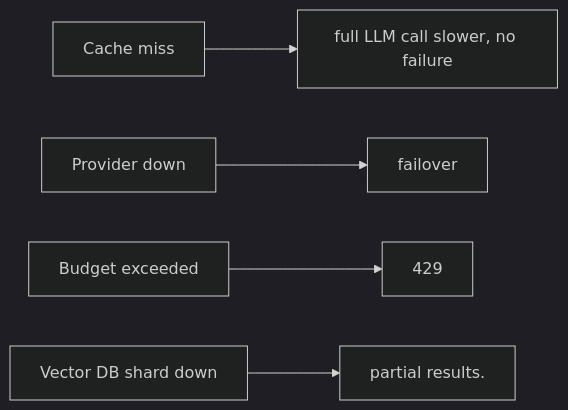
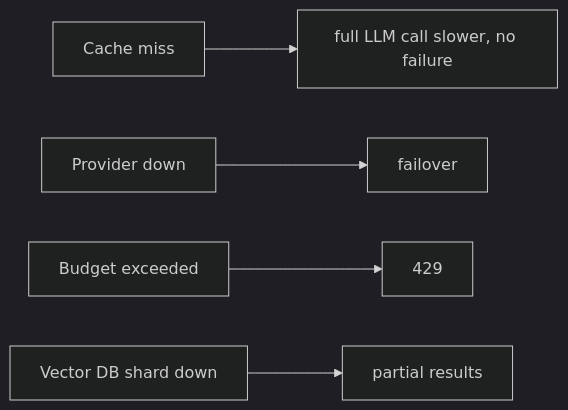
The third of 3 diagrams in case-studies/ai-systems/enterprise-rag-platform.md (RIT-MESH/system-design-mastery), drawn with Mermaid (dark theme) before and after one commit. The commit also changed other lines of this file and 215 other files, not shown here.

First line of the commit message:
Complete all remaining work: expand case studies, add 13 AI case studies, fix diagrams, status to Complete

````diff
--- a/case-studies/ai-systems/enterprise-rag-platform.md
+++ b/case-studies/ai-systems/enterprise-rag-platform.md
@@ -34,16 +40,16 @@
 ```mermaid
 %% created-for: system-design-mastery
 flowchart LR
   C1["Cache miss"]
   R2["full LLM call slower, no failure"]
   C1 --> R2
   C3["Provider down"]
   R4["failover"]
   C3 --> R4
   C5["Budget exceeded"]
   R6["429"]
   C5 --> R6
   C7["Vector DB shard down"]
-  R8["partial results."]
+  R8["partial results"]
   C7 --> R8
 ```
````
